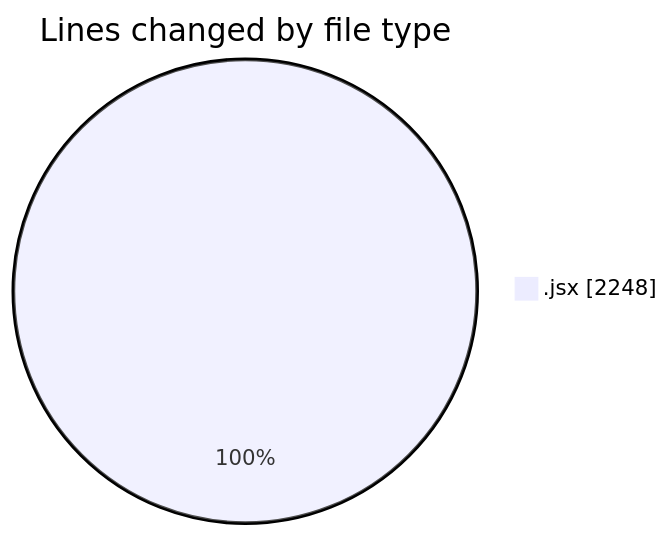
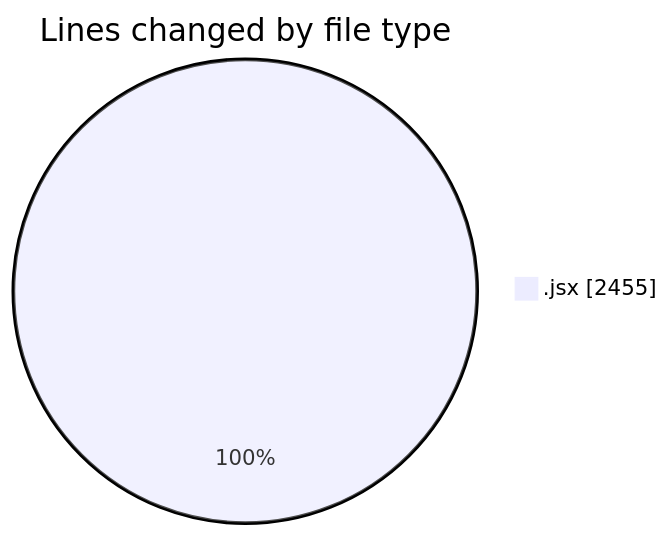
Before and after one commit to nxtqubesakshisongat/code-tracking: the first of 2 diagrams in 2025-05-05/nxtqube_webapp/README.md, drawn with Mermaid. The commit also changed other lines of this file and 1 other file, not shown here.

````diff
--- a/2025-05-05/nxtqube_webapp/README.md
+++ b/2025-05-05/nxtqube_webapp/README.md
@@ -20,5 +20,5 @@
 ```mermaid
 pie showData
 title Lines changed by file type
-".jsx" : 2248
+".jsx" : 2455
 ```
````
